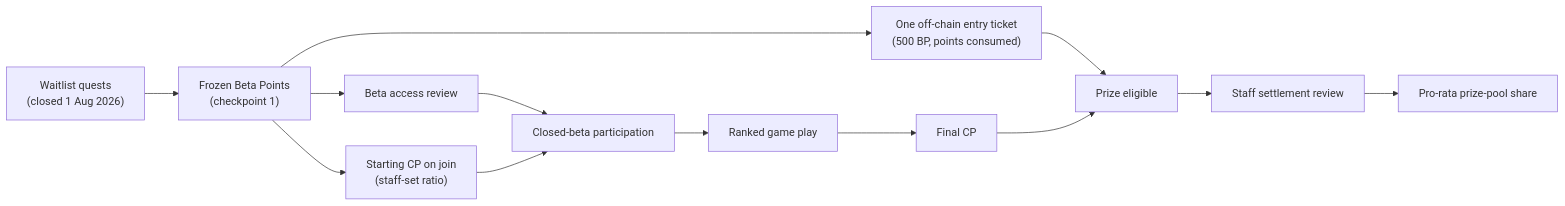
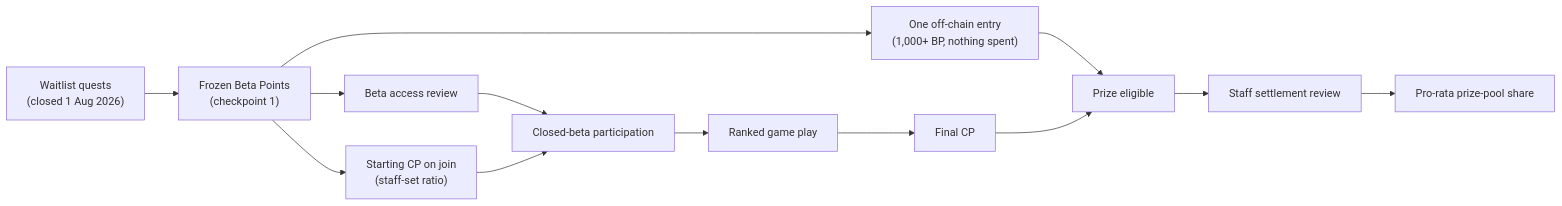
Before and after one commit to aiclawarena/ai-clawarena-public: the first of 2 diagrams in docs/closed-beta-economics.md, drawn with Mermaid. The commit also changed other lines of this file and 2 other files, not shown here.

First line of the commit message:
docs: prize-pool entry is granted at a point threshold, not bought

````diff
--- a/docs/closed-beta-economics.md
+++ b/docs/closed-beta-economics.md
@@ -47,15 +47,15 @@
 ```mermaid
 flowchart LR
     WL["Waitlist quests<br/>(closed 1 Aug 2026)"] --> BP["Frozen Beta Points<br/>(checkpoint 1)"]
     BP --> Review["Beta access review"]
-    BP --> Ticket["One off-chain entry ticket<br/>(500 BP, points consumed)"]
+    BP --> Ticket["One off-chain entry<br/>(1,000+ BP, nothing spent)"]
     BP --> Start["Starting CP on join<br/>(staff-set ratio)"]
     Review --> Beta["Closed-beta participation"]
     Start --> Beta
     Beta --> Games["Ranked game play"]
     Games --> CP["Final CP"]
     Ticket --> Eligible["Prize eligible"]
     CP --> Eligible
     Eligible --> Audit["Staff settlement review"]
     Audit --> Split["Pro-rata prize-pool share"]
 ```
````
